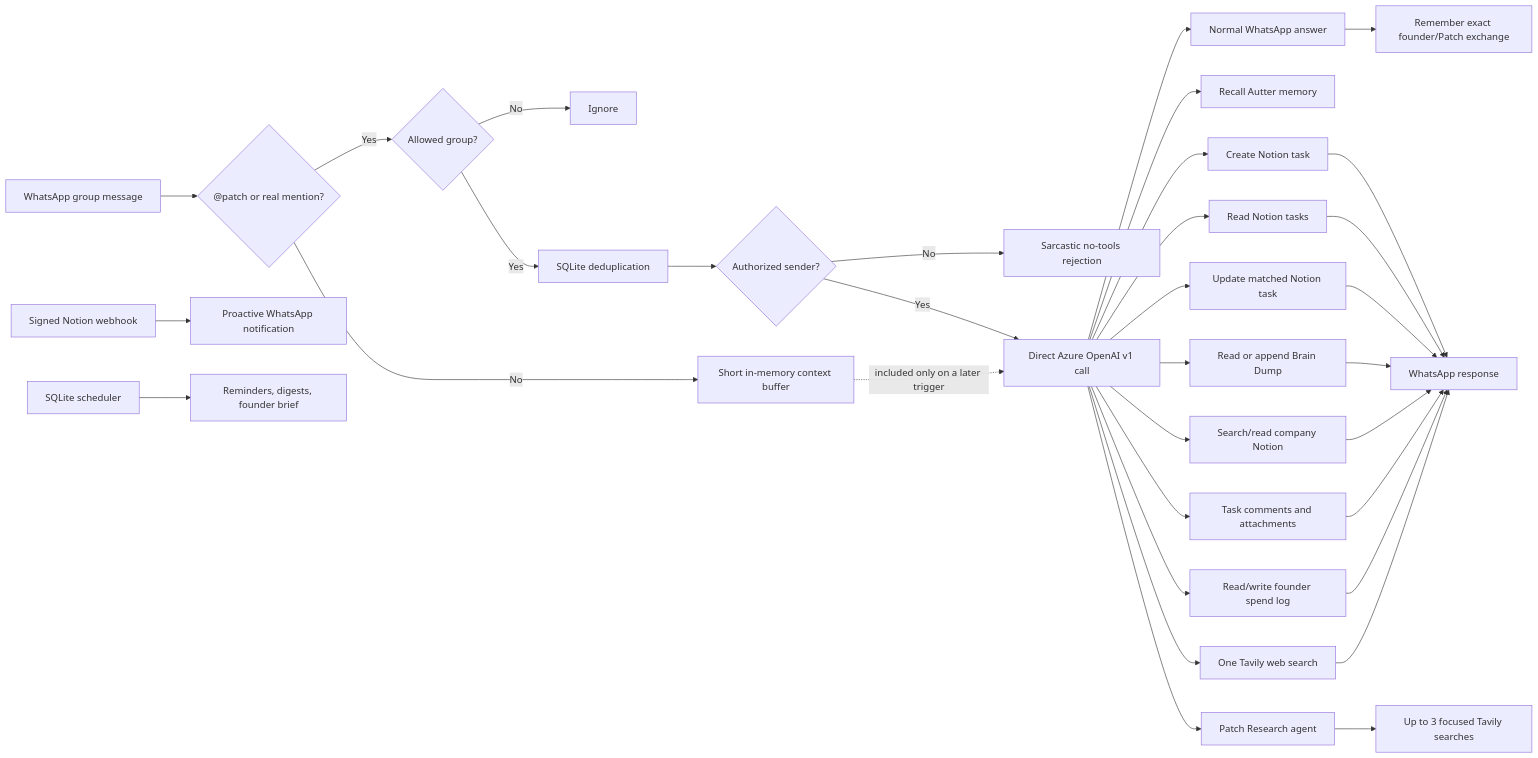
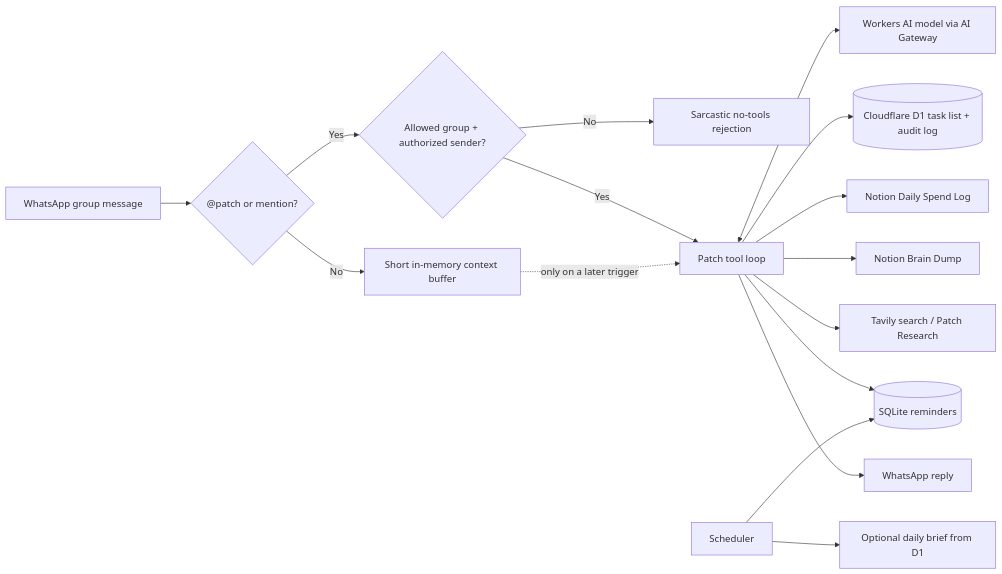
The diagram in README.md (sagnik11/dia-whatsapp-bot), drawn with Mermaid before and after one commit. The commit also changed other lines of this file and 35 other files, not shown here.

First line of the commit message:
Move tasks to Cloudflare D1 and the model to Workers AI via AI Gateway

````diff
--- a/README.md
+++ b/README.md
@@ -78,35 +68,18 @@
 ```mermaid
 flowchart LR
-    W["WhatsApp group message"] --> T{"@patch or real mention?"}
+    W["WhatsApp group message"] --> T{"@patch or mention?"}
     T -- No --> C["Short in-memory context buffer"]
-    T -- Yes --> G{"Allowed group?"}
-    G -- No --> X["Ignore"]
-    G -- Yes --> D["SQLite deduplication"]
-    D --> U{"Authorized sender?"}
-    U -- No --> R["Sarcastic no-tools rejection"]
-    U -- Yes --> A["Direct Azure OpenAI v1 call"]
-    C -.->|included only on a later trigger| A
-    A --> Q["Normal WhatsApp answer"]
-    A --> MR["Recall Autter memory"]
-    Q --> MW["Remember exact founder/Patch exchange"]
-    A --> N1["Create Notion task"]
-    A --> N2["Read Notion tasks"]
-    A --> N5["Update matched Notion task"]
-    A --> N3["Read or append Brain Dump"]
-    A --> N4["Search/read company Notion"]
-    A --> N6["Task comments and attachments"]
-    A --> N7["Read/write founder spend log"]
-    A --> S["One Tavily web search"]
-    A --> RA["Patch Research agent"]
-    RA --> MS["Up to 3 focused Tavily searches"]
-    NW["Signed Notion webhook"] --> PN["Proactive WhatsApp notification"]
-    SC["SQLite scheduler"] --> FB["Reminders, digests, founder brief"]
-    N1 --> O["WhatsApp response"]
-    N2 --> O
-    N5 --> O
-    N3 --> O
-    N4 --> O
-    N6 --> O
-    N7 --> O
-    S --> O
+    T -- Yes --> G{"Allowed group + authorized sender?"}
+    G -- No --> R["Sarcastic no-tools rejection"]
+    G -- Yes --> A["Patch tool loop"]
+    C -.->|only on a later trigger| A
+    A <--> M["Workers AI model via AI Gateway"]
+    A --> D1[("Cloudflare D1 task list + audit log")]
+    A --> SL["Notion Daily Spend Log"]
+    A --> BD["Notion Brain Dump"]
+    A --> S["Tavily search / Patch Research"]
+    A --> RM[("SQLite reminders")]
+    SC["Scheduler"] --> RM
+    SC --> BR["Optional daily brief from D1"]
+    A --> O["WhatsApp reply"]
 ```
````
